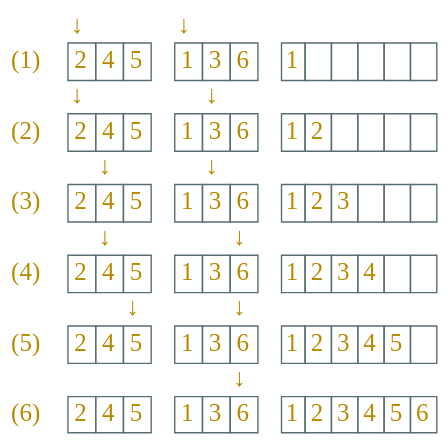
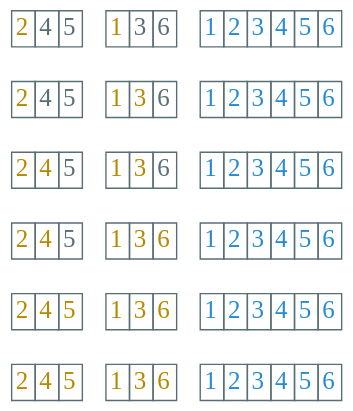
One commit to Avanti1980/course-alg changed the diagram in dot/sorting/merge-merge.dot. Above: the diagram before and after it, drawn with Graphviz. The commit also changed 10 other files, not shown here.

```diff
--- a/dot/sorting/merge-merge.dot
+++ b/dot/sorting/merge-merge.dot
@@ -1,124 +1,110 @@
 digraph g {
-    bgcolor=transparent
-    graph [nodesep=0.4, ranksep=0.3]
-    rankdir=LR
-    node [shape=none, color="#586e75", fontcolor="#b58900", fontsize=18, fontname="YsabeauText, FZFWZhuZiGuDianSLMC"]
-    edge [arrowhead=vee, color="#586e75", fontcolor="#268bd2", fontsize=16, fontname="YsabeauText, FZFWZhuZiGuDianSLMC", arrowsize=0.6]
-
+    bgcolor="transparent";
+    graph [nodesep=0.4, ranksep=0.3];
+    rankdir="LR";
+    node [shape="none", color="#586e75", fontcolor="#586e75", fontsize=18, fontname="YsabeauText, FZFWZhuZiGuDianSLMC"];
+    edge [arrowhead="vee", color="#586e75", fontcolor="#268bd2", fontsize=16, fontname="YsabeauText, FZFWZhuZiGuDianSLMC", arrowsize=0.6];
     n1 [label=<<table cellspacing="0" border="0">
-        <tr><td></td><td></td><td>↓</td><td></td><td></td><td></td><td>↓</td></tr>
         <tr>
-        <td>(1)</td>
-        <td>&zwnj;</td>
-        <td border="1">2</td>
+        <td border="1"><font color="#b58900">2</font></td>
         <td border="1">4</td>
         <td border="1">5</td>
         <td>&zwnj;</td>
-        <td border="1">1</td>
+        <td border="1"><font color="#b58900">1</font></td>
         <td border="1">3</td>
         <td border="1">6</td>
         <td>&zwnj;</td>
-        <td border="1">1</td>
-        <td border="1">&zwnj;</td>
-        <td border="1">&zwnj;</td>
-        <td border="1">&zwnj;</td>
-        <td border="1">&zwnj;</td>
-        <td border="1">&zwnj;</td>
+        <td border="1"><font color="#268bd2">1</font></td>
+        <td border="1"><font color="#268bd200">2</font></td>
+        <td border="1"><font color="#268bd200">3</font></td>
+        <td border="1"><font color="#268bd200">4</font></td>
+        <td border="1"><font color="#268bd200">5</font></td>
+        <td border="1"><font color="#268bd200">6</font></td>
         </tr>
-        <tr><td></td><td></td><td>↓</td><td></td><td></td><td></td><td></td><td>↓</td></tr>
+        <tr><td>&zwnj;</td></tr>
         <tr>
-        <td>(2)</td>
-        <td>&zwnj;</td>
-        <td border="1">2</td>
+        <td border="1"><font color="#b58900">2</font></td>
         <td border="1">4</td>
         <td border="1">5</td>
         <td>&zwnj;</td>
-        <td border="1">1</td>
-        <td border="1">3</td>
+        <td border="1"><font color="#b5890000">1</font></td>
+        <td border="1"><font color="#b58900">3</font></td>
         <td border="1">6</td>
         <td>&zwnj;</td>
-        <td border="1">1</td>
-        <td border="1">2</td>
-        <td border="1">&zwnj;</td>
-        <td border="1">&zwnj;</td>
-        <td border="1">&zwnj;</td>
-        <td border="1">&zwnj;</td>
+        <td border="1"><font color="#268bd2">1</font></td>
+        <td border="1"><font color="#268bd2">2</font></td>
+        <td border="1"><font color="#268bd200">3</font></td>
+        <td border="1"><font color="#268bd200">4</font></td>
+        <td border="1"><font color="#268bd200">5</font></td>
+        <td border="1"><font color="#268bd200">6</font></td>
         </tr>
-        <tr><td></td><td></td><td></td><td>↓</td><td></td><td></td><td></td><td>↓</td></tr>
+        <tr><td>&zwnj;</td></tr>
         <tr>
-        <td>(3)</td>
-        <td>&zwnj;</td>
-        <td border="1">2</td>
-        <td border="1">4</td>
+        <td border="1"><font color="#b5890000">2</font></td>
+        <td border="1"><font color="#b58900">4</font></td>
         <td border="1">5</td>
         <td>&zwnj;</td>
-        <td border="1">1</td>
-        <td border="1">3</td>
+        <td border="1"><font color="#b5890000">1</font></td>
+        <td border="1"><font color="#b58900">3</font></td>
         <td border="1">6</td>
         <td>&zwnj;</td>
-        <td border="1">1</td>
-        <td border="1">2</td>
-        <td border="1">3</td>
-        <td border="1">&zwnj;</td>
-        <td border="1">&zwnj;</td>
-        <td border="1">&zwnj;</td>
+       <td border="1"><font color="#268bd2">1</font></td>
+        <td border="1"><font color="#268bd2">2</font></td>
+        <td border="1"><font color="#268bd2">3</font></td>
+        <td border="1"><font color="#268bd200">4</font></td>
+        <td border="1"><font color="#268bd200">5</font></td>
+        <td border="1"><font color="#268bd200">6</font></td>
         </tr>
-        <tr><td></td><td></td><td></td><td>↓</td><td></td><td></td><td></td><td></td><td>↓</td></tr>
+        <tr><td>&zwnj;</td></tr>
         <tr>
-        <td>(4)</td>
-        <td>&zwnj;</td>
-        <td border="1">2</td>
-        <td border="1">4</td>
+        <td border="1"><font color="#b5890000">2</font></td>
+        <td border="1"><font color="#b58900">4</font></td>
         <td border="1">5</td>
         <td>&zwnj;</td>
-        <td border="1">1</td>
-        <td border="1">3</td>
-        <td border="1">6</td>
+        <td border="1"><font color="#b5890000">1</font></td>
+        <td border="1"><font color="#b5890000">3</font></td>
+        <td border="1"><font color="#b58900">6</font></td>
         <td>&zwnj;</td>
-        <td border="1">1</td>
-        <td border="1">2</td>
-        <td border="1">3</td>
-        <td border="1">4</td>
-        <td border="1">&zwnj;</td>
-        <td border="1">&zwnj;</td>
+        <td border="1"><font color="#268bd2">1</font></td>
+        <td border="1"><font color="#268bd2">2</font></td>
+        <td border="1"><font color="#268bd2">3</font></td>
+        <td border="1"><font color="#268bd2">4</font></td>
+        <td border="1"><font color="#268bd200">5</font></td>
+        <td border="1"><font color="#268bd200">6</font></td>
         </tr>
-        <tr><td></td><td></td><td></td><td></td><td>↓</td><td></td><td></td><td></td><td>↓</td></tr>
+        <tr><td>&zwnj;</td></tr>
         <tr>
-        <td>(5)</td>
+        <td border="1"><font color="#b5890000">2</font></td>
+        <td border="1"><font color="#b5890000">4</font></td>
+        <td border="1"><font color="#b58900">5</font></td>
         <td>&zwnj;</td>
-        <td border="1">2</td>
-        <td border="1">4</td>
-        <td border="1">5</td>
+        <td border="1"><font color="#b5890000">1</font></td>
+        <td border="1"><font color="#b5890000">3</font></td>
+        <td border="1"><font color="#b58900">6</font></td>
         <td>&zwnj;</td>
-        <td border="1">1</td>
-        <td border="1">3</td>
-        <td border="1">6</td>
+        <td border="1"><font color="#268bd2">1</font></td>
+        <td border="1"><font color="#268bd2">2</font></td>
+        <td border="1"><font color="#268bd2">3</font></td>
+        <td border="1"><font color="#268bd2">4</font></td>
+        <td border="1"><font color="#268bd2">5</font></td>
+        <td border="1"><font color="#268bd200">6</font></td>
+        </tr>
+        <tr><td>&zwnj;</td></tr>
+        <tr>
+        <td border="1"><font color="#b5890000">2</font></td>
+        <td border="1"><font color="#b5890000">4</font></td>
+        <td border="1"><font color="#b5890000">5</font></td>
         <td>&zwnj;</td>
-        <td border="1">1</td>
-        <td border="1">2</td>
-        <td border="1">3</td>
-        <td border="1">4</td>
-        <td border="1">5</td>
-        <td border="1">&zwnj;</td>
+        <td border="1"><font color="#b5890000">1</font></td>
+        <td border="1"><font color="#b5890000">3</font></td>
+        <td border="1"><font color="#b58900">6</font></td>
+        <td>&zwnj;</td>
+        <td border="1"><font color="#268bd2">1</font></td>
+        <td border="1"><font color="#268bd2">2</font></td>
+        <td border="1"><font color="#268bd2">3</font></td>
+        <td border="1"><font color="#268bd2">4</font></td>
+        <td border="1"><font color="#268bd2">5</font></td>
+        <td border="1"><font color="#268bd2">6</font></td>
         </tr>
-        <tr><td></td><td></td><td></td><td></td><td></td><td></td><td></td><td></td><td>↓</td></tr>
-        <tr>
-        <td>(6)</td>
-        <td>&zwnj;</td>
-        <td border="1">2</td>
-        <td border="1">4</td>
-        <td border="1">5</td>
-        <td>&zwnj;</td>
-        <td border="1">1</td>
-        <td border="1">3</td>
-        <td border="1">6</td>
-        <td>&zwnj;</td>
-        <td border="1">1</td>
-        <td border="1">2</td>
-        <td border="1">3</td>
-        <td border="1">4</td>
-        <td border="1">5</td>
-        <td border="1">6</td>
-        </tr>
-        </table>>]
+        </table>>];
 }
```
